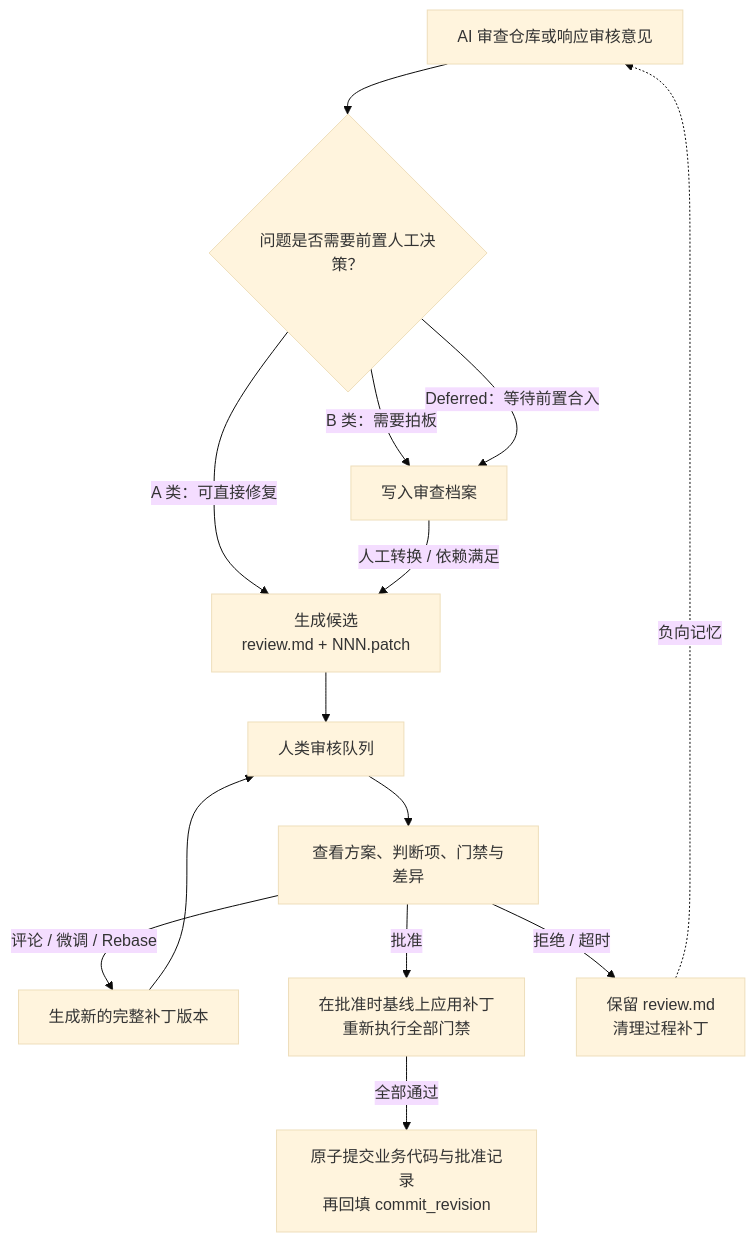
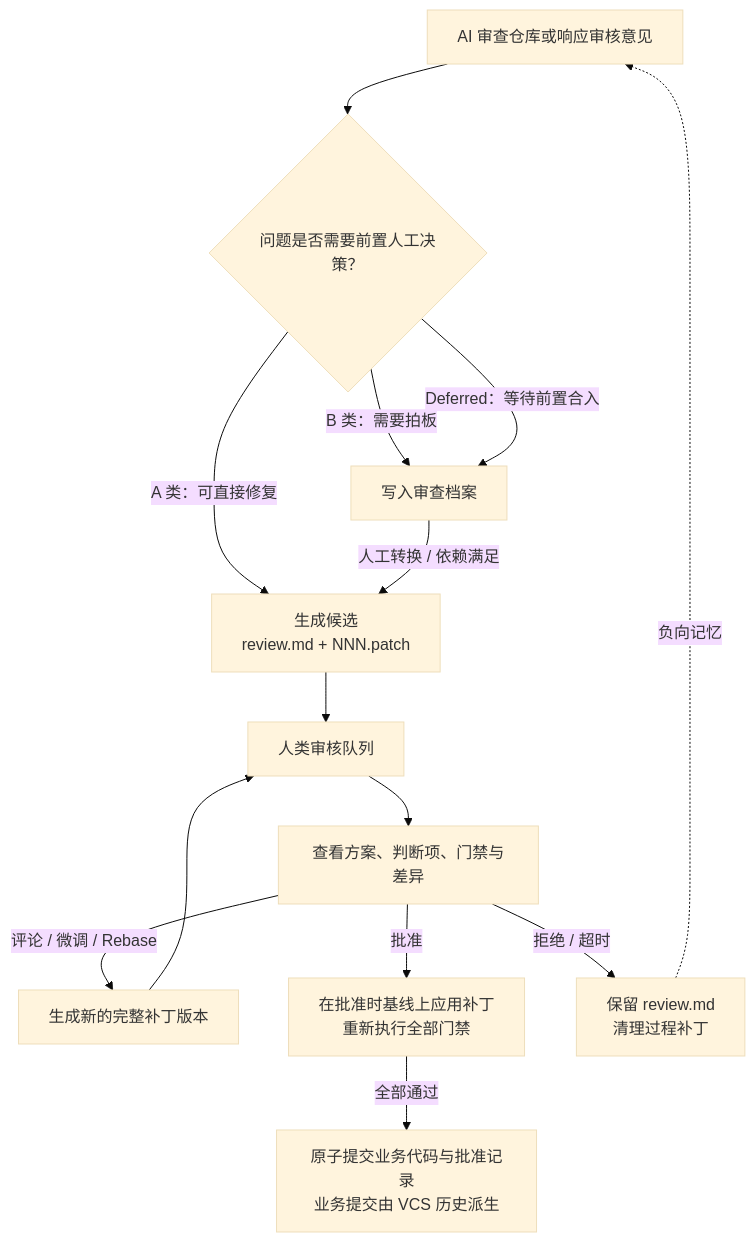
Before and after one commit to stallboy/dsh-review: the diagram in SPEC.md, drawn with Mermaid (base theme). The commit also changed other lines of this file and 9 other files, not shown here.

````diff
--- a/SPEC.md
+++ b/SPEC.md
@@ -24,16 +25,16 @@
 ```mermaid
 flowchart TD
     AUDIT["AI 审查仓库或响应审核意见"] --> TRIAGE{"问题是否需要前置人工决策？"}
     TRIAGE -->|"A 类：可直接修复"| CAND["生成候选<br/>review.md + NNN.patch"]
     TRIAGE -->|"B 类：需要拍板"| REPORT["写入审查档案"]
     TRIAGE -->|"Deferred：等待前置合入"| REPORT
     REPORT -->|"人工转换 / 依赖满足"| CAND
     CAND --> QUEUE["人类审核队列"]
     QUEUE --> DETAIL["查看方案、判断项、门禁与差异"]
     DETAIL -->|"评论 / 微调 / Rebase"| FIX["生成新的完整补丁版本"]
     FIX --> QUEUE
     DETAIL -->|"批准"| GATE["在批准时基线上应用补丁<br/>重新执行全部门禁"]
-    GATE -->|"全部通过"| COMMIT["原子提交业务代码与批准记录<br/>再回填 commit_revision"]
+    GATE -->|"全部通过"| COMMIT["原子提交业务代码与批准记录<br/>业务提交由 VCS 历史派生"]
     DETAIL -->|"拒绝 / 超时"| REJECT["保留 review.md<br/>清理过程补丁"]
     REJECT -.->|"负向记忆"| AUDIT
 ```
````
